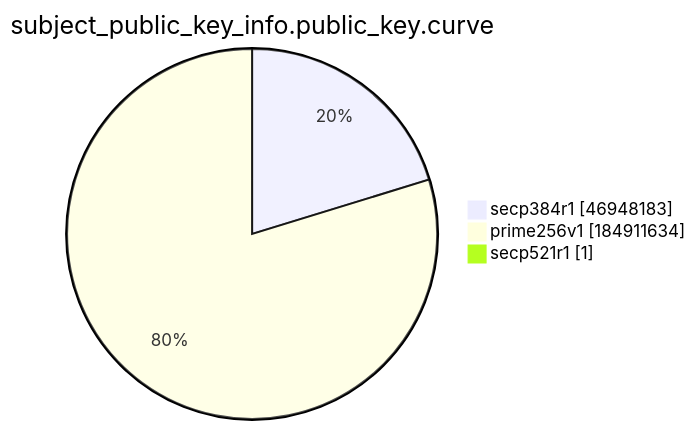
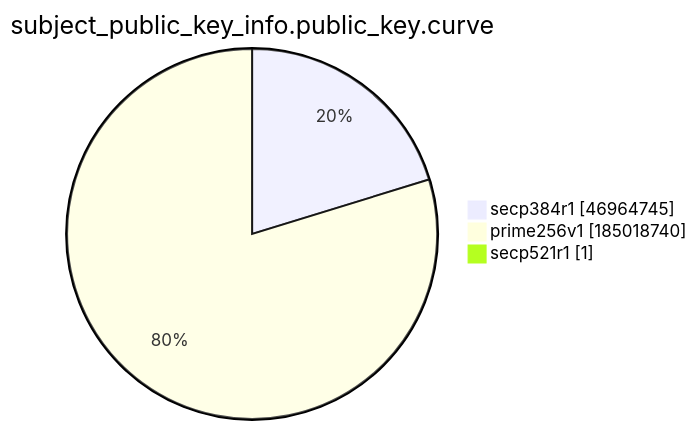
Before and after one commit to christiankrug/ctmonitor_visualization: the ninth of 15 diagrams in xenon2022/README.md, drawn with Mermaid. The commit also changed other lines of this file, not shown here.

````diff
--- a/xenon2022/README.md
+++ b/xenon2022/README.md
@@ -2874,7 +2874,7 @@
 ```mermaid
 pie showData
 title subject_public_key_info.public_key.curve
-"secp384r1" :46948183
-"prime256v1" :184911634
+"secp384r1" :46964745
+"prime256v1" :185018740
 "secp521r1" :1
 ```
````
